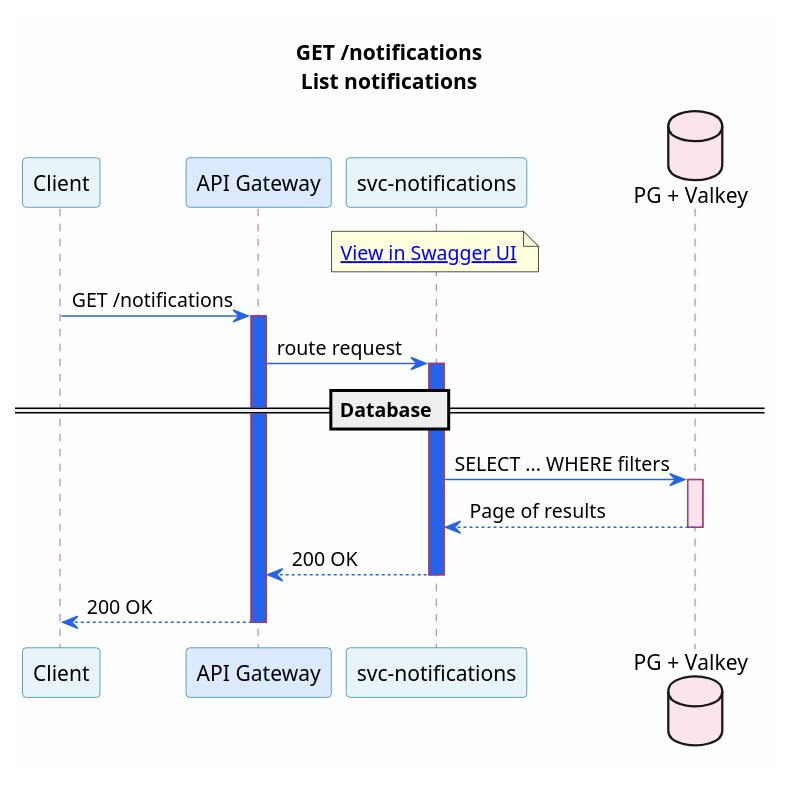
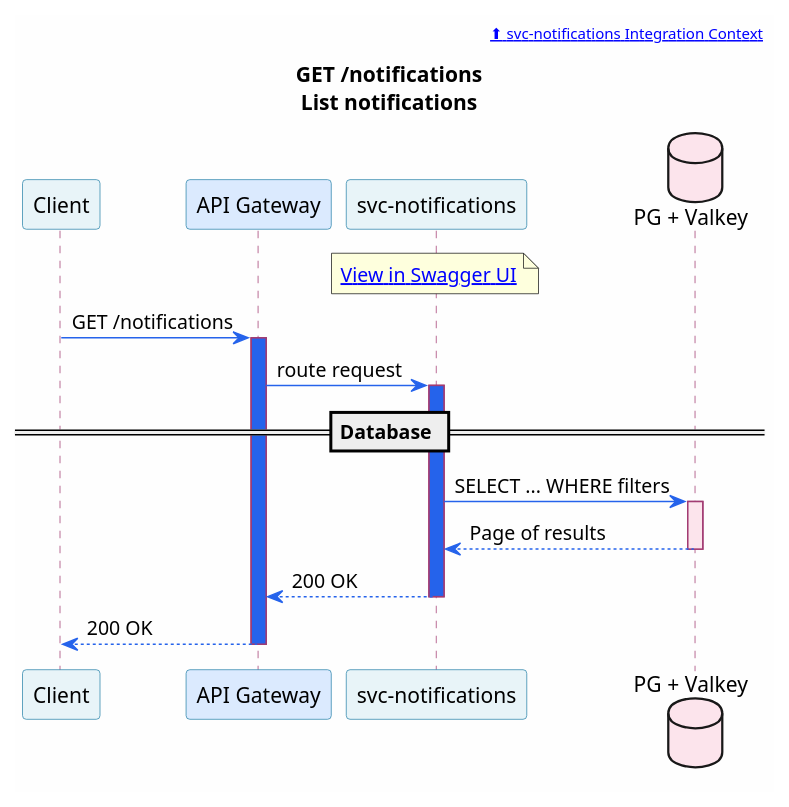
Before and after one commit to christopherblaisdell/continuous-architecture-platform-poc: the diagram in portal/docs/microservices/puml/svc-notifications--get-notifications.puml, drawn with PlantUML. The commit also changed 733 other files, not shown here.

First line of the commit message:
Deployed. Every diagram now has a clickable ⬆ parent breadcrumb in the header. The full navigation chain:

```diff
--- a/portal/docs/microservices/puml/svc-notifications--get-notifications.puml
+++ b/portal/docs/microservices/puml/svc-notifications--get-notifications.puml
@@ -1,45 +1,47 @@
 @startuml svc-notifications--get-notifications
 
 skinparam backgroundColor #FEFEFE
 skinparam shadowing false
 skinparam defaultFontName "Segoe UI"
 skinparam sequence {
     ArrowColor #2563eb
     ParticipantBorderColor #2E86AB
     ParticipantBackgroundColor #E8F4F8
     LifeLineBorderColor #A23B72
     BoxBorderColor #F18F01
     BoxBackgroundColor #FFF8F0
     NoteBorderColor #c77b30
     NoteBackgroundColor #FEF3E7
 }
+
+header [[/microservices/svc-notifications/#integration-context ⬆ svc-notifications Integration Context]]
 
 title GET /notifications\nList notifications
 
 participant "Client" as Client
 participant "API Gateway" as GW #DBEAFE
 participant "svc-notifications" as Svc [[/microservices/svc-notifications/]] #E8F4F8
 database "PG + Valkey" as DB #FCE4EC
 
 note over Svc
   [[/services/api/svc-notifications.html#/Notifications/listNotifications View in Swagger UI]]
 end note
 
 Client -> GW : GET /notifications
 activate GW #2563eb
 GW -> Svc : route request
 activate Svc #2563eb
 
 == Database ==
 
 Svc -> DB : SELECT ... WHERE filters
 activate DB #FCE4EC
 DB --> Svc : Page of results
 deactivate DB
 
 Svc --> GW : 200 OK
 deactivate Svc
 GW --> Client : 200 OK
 deactivate GW
 
 @enduml
```
